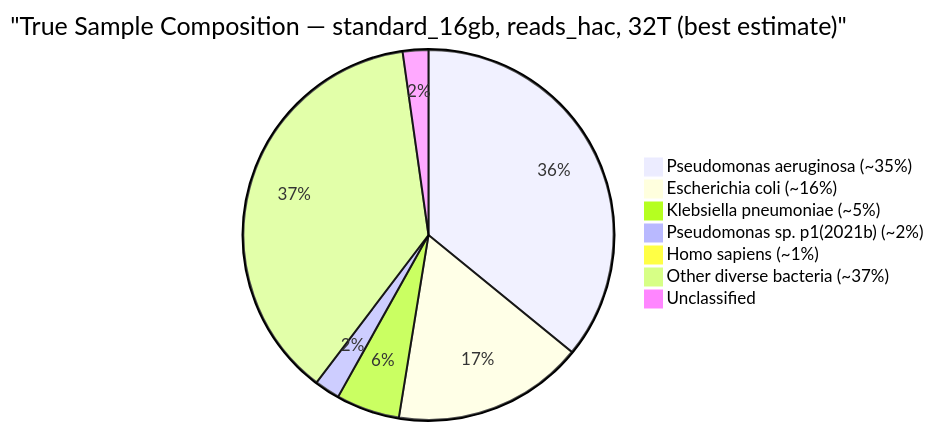
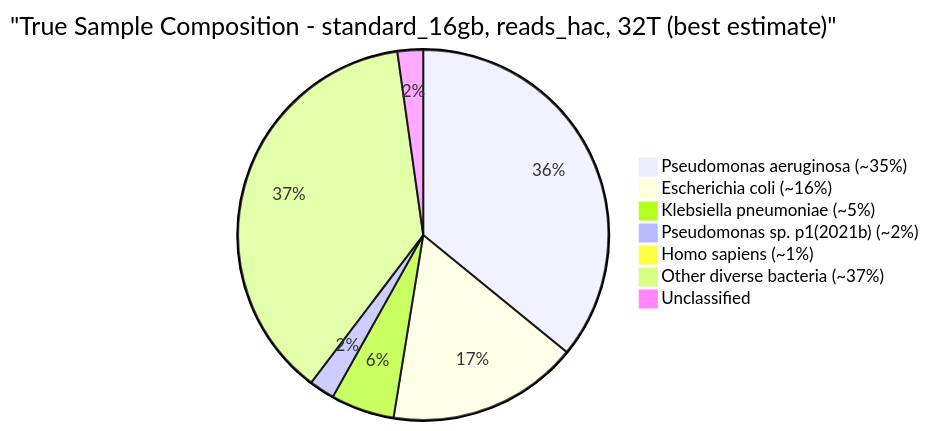
Before and after one commit to KathpaliaChirag/Nanopore-project: diagram 25 of 26 in README.md, drawn with Mermaid. The commit also changed other lines of this file and 4 other files, not shown here.

````diff
--- a/README.md
+++ b/README.md
@@ -907,10 +1020,10 @@
 ```mermaid
-pie title "True Sample Composition — standard_16gb, reads_hac, 32T (best estimate)"
+pie title "True Sample Composition - standard_16gb, reads_hac, 32T (best estimate)"
     "Pseudomonas aeruginosa (~35%)" : 35.62
     "Escherichia coli (~16%)" : 16.54
     "Klebsiella pneumoniae (~5%)" : 5.50
     "Pseudomonas sp. p1(2021b) (~2%)" : 2.21
     "Homo sapiens (~1%)" : 0.77
     "Other diverse bacteria (~37%)" : 37.14
     "Unclassified" : 2.22
 ```
````
